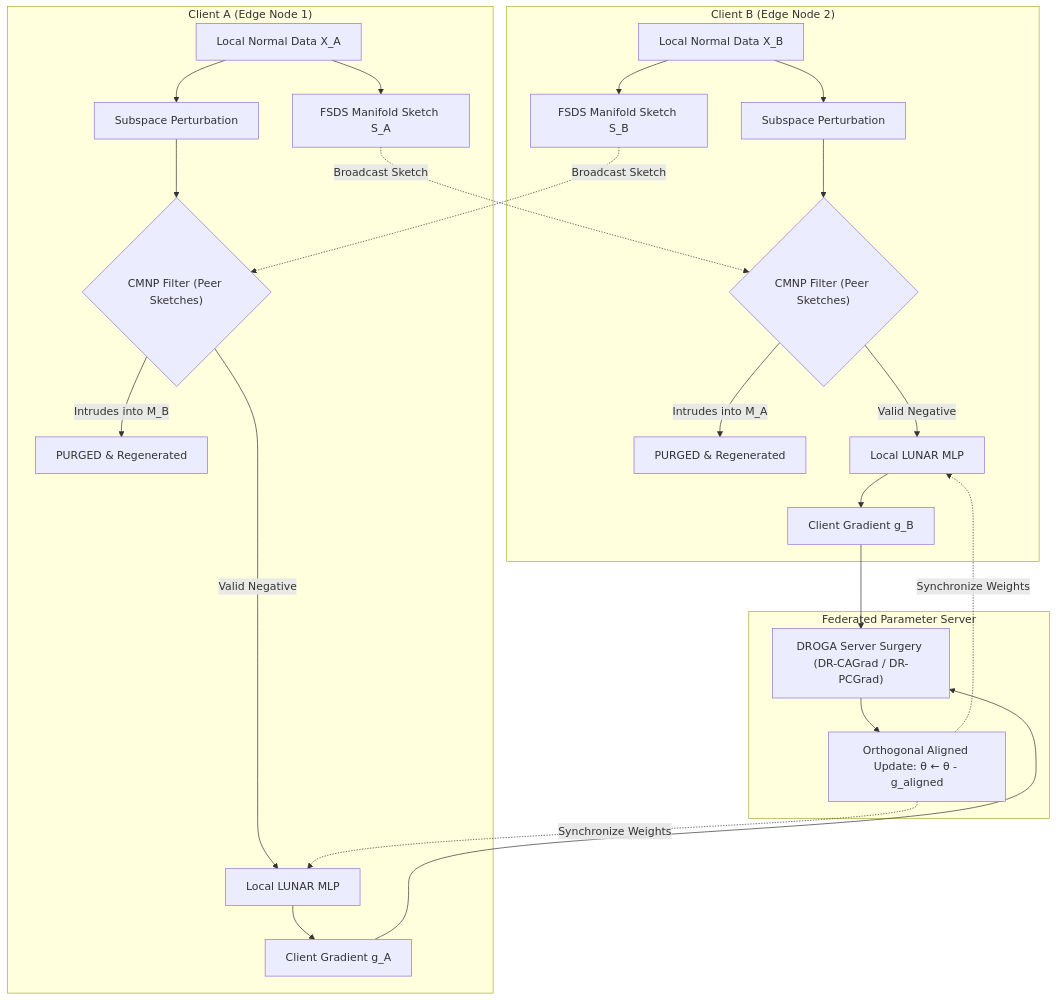
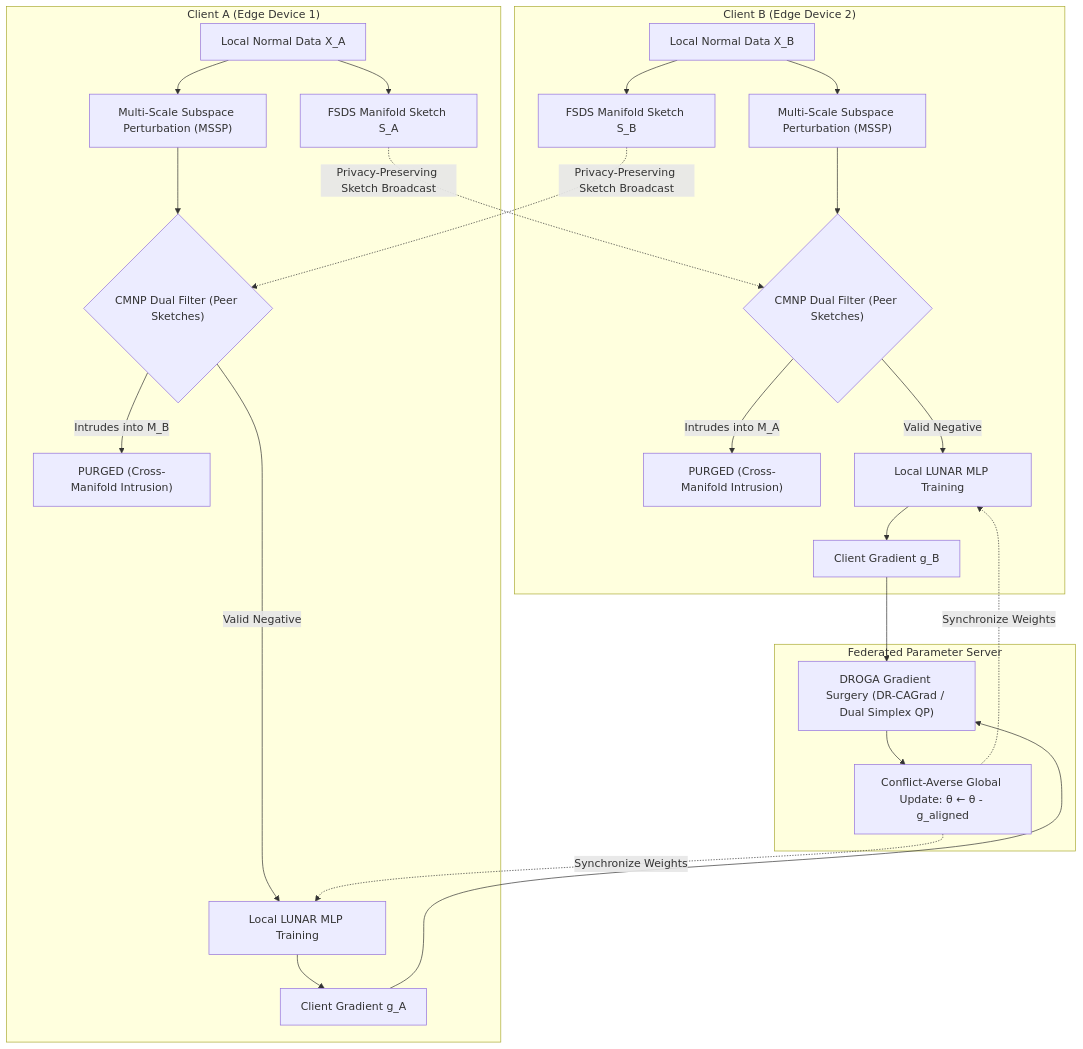
The diagram in WALKTHROUGH_FEDERATED_LUNAR.md (MinhMarks/UIT_Research_NFST), drawn with Mermaid before and after one commit. The commit also changed other lines of this file and 42 other files, not shown here.

Commit message:
feat(fed-lunar): Multi-Scale Subspace Perturbation, 4-dataset RTX 5090 benchmark, and Dirichlet sensitivity sweep

````diff
--- a/WALKTHROUGH_FEDERATED_LUNAR.md
+++ b/WALKTHROUGH_FEDERATED_LUNAR.md
@@ -37,30 +46,30 @@
 ```mermaid
 flowchart TD
-    subgraph Client_A ["Client A (Edge Node 1)"]
+    subgraph Client_A ["Client A (Edge Device 1)"]
         DA["Local Normal Data X_A"] --> FSDS_A["FSDS Manifold Sketch S_A"]
-        DA --> Gen_A["Subspace Perturbation"]
-        Gen_A --> CMNP_A{"CMNP Filter (Peer Sketches)"}
-        CMNP_A -- "Intrudes into M_B" --> Purge_A["PURGED & Regenerated"]
-        CMNP_A -- "Valid Negative" --> Train_A["Local LUNAR MLP"]
+        DA --> Gen_A["Multi-Scale Subspace Perturbation (MSSP)"]
+        Gen_A --> CMNP_A{"CMNP Dual Filter (Peer Sketches)"}
+        CMNP_A -- "Intrudes into M_B" --> Purge_A["PURGED (Cross-Manifold Intrusion)"]
+        CMNP_A -- "Valid Negative" --> Train_A["Local LUNAR MLP Training"]
         Train_A --> Grad_A["Client Gradient g_A"]
     end
 
-    subgraph Client_B ["Client B (Edge Node 2)"]
+    subgraph Client_B ["Client B (Edge Device 2)"]
         DB["Local Normal Data X_B"] --> FSDS_B["FSDS Manifold Sketch S_B"]
-        DB --> Gen_B["Subspace Perturbation"]
-        Gen_B --> CMNP_B{"CMNP Filter (Peer Sketches)"}
-        CMNP_B -- "Intrudes into M_A" --> Purge_B["PURGED & Regenerated"]
-        CMNP_B -- "Valid Negative" --> Train_B["Local LUNAR MLP"]
+        DB --> Gen_B["Multi-Scale Subspace Perturbation (MSSP)"]
+        Gen_B --> CMNP_B{"CMNP Dual Filter (Peer Sketches)"}
+        CMNP_B -- "Intrudes into M_A" --> Purge_B["PURGED (Cross-Manifold Intrusion)"]
+        CMNP_B -- "Valid Negative" --> Train_B["Local LUNAR MLP Training"]
         Train_B --> Grad_B["Client Gradient g_B"]
     end
 
     subgraph Server ["Federated Parameter Server"]
-        FSDS_A -. "Broadcast Sketch" .-> CMNP_B
-        FSDS_B -. "Broadcast Sketch" .-> CMNP_A
-        Grad_A --> DROGA["DROGA Server Surgery (DR-CAGrad / DR-PCGrad)"]
+        FSDS_A -. "Privacy-Preserving Sketch Broadcast" .-> CMNP_B
+        FSDS_B -. "Privacy-Preserving Sketch Broadcast" .-> CMNP_A
+        Grad_A --> DROGA["DROGA Gradient Surgery (DR-CAGrad / Dual Simplex QP)"]
         Grad_B --> DROGA
-        DROGA --> Upd["Orthogonal Aligned Update: θ ← θ - g_aligned"]
+        DROGA --> Upd["Conflict-Averse Global Update: θ ← θ - g_aligned"]
         Upd -. "Synchronize Weights" .-> Train_A
         Upd -. "Synchronize Weights" .-> Train_B
     end
 ```
````
